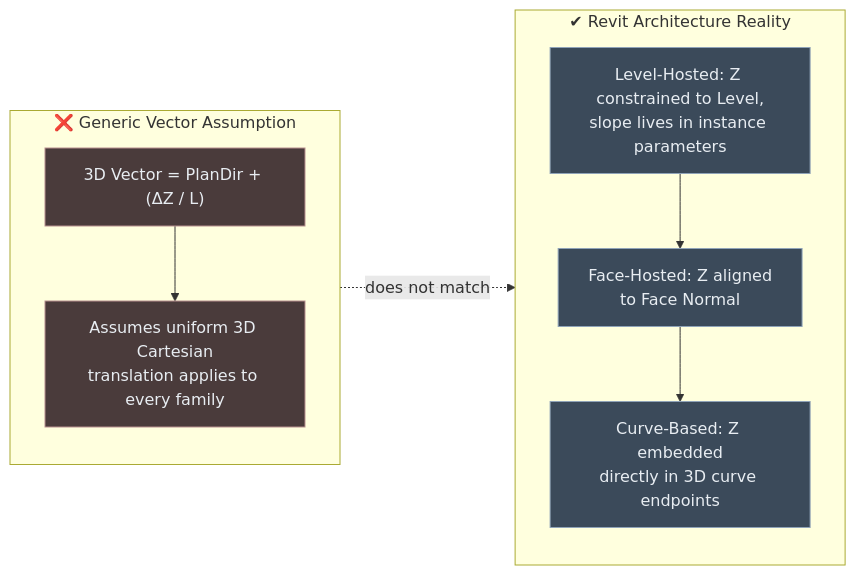
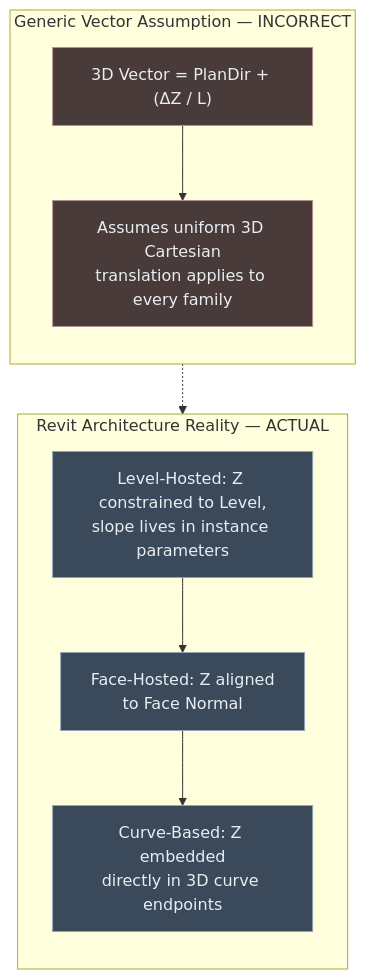
One commit to Mustafa-TOMMY/CommandSamplesRevitApiVer2025 changed the sixth of 7 diagrams in RevitApiSamples/Samples/Transform/Transform.md. Above: the diagram before and after it, drawn with Mermaid. The commit also changed other lines of this file, not shown here.

````diff
--- a/RevitApiSamples/Samples/Transform/Transform.md
+++ b/RevitApiSamples/Samples/Transform/Transform.md
@@ -256,24 +256,24 @@
 ```mermaid
-flowchart LR
-    subgraph Generic["❌ Generic Vector Assumption"]
+flowchart TB
+    subgraph Generic[Generic Vector Assumption — INCORRECT]
         direction TB
         G1["3D Vector = PlanDir + (ΔZ / L)"]
         G2["Assumes uniform 3D Cartesian<br/>translation applies to every family"]
         G1 --> G2
     end
 
-    subgraph Reality["✔ Revit Architecture Reality"]
+    subgraph Reality[Revit Architecture Reality — ACTUAL]
         direction TB
         R1["Level-Hosted: Z constrained to Level,<br/>slope lives in instance parameters"]
         R2["Face-Hosted: Z aligned<br/>to Face Normal"]
         R3["Curve-Based: Z embedded<br/>directly in 3D curve endpoints"]
         R1 --> R2 --> R3
     end
 
-    Generic -. does not match .-> Reality
+    G2 -.-> R1
 
     classDef bad fill:#4a3b3b,stroke:#b88f8f,color:#e8edf2;
     classDef good fill:#3b4a5a,stroke:#8fa3b8,color:#e8edf2;
     class G1,G2 bad
     class R1,R2,R3 good
 ```
````
